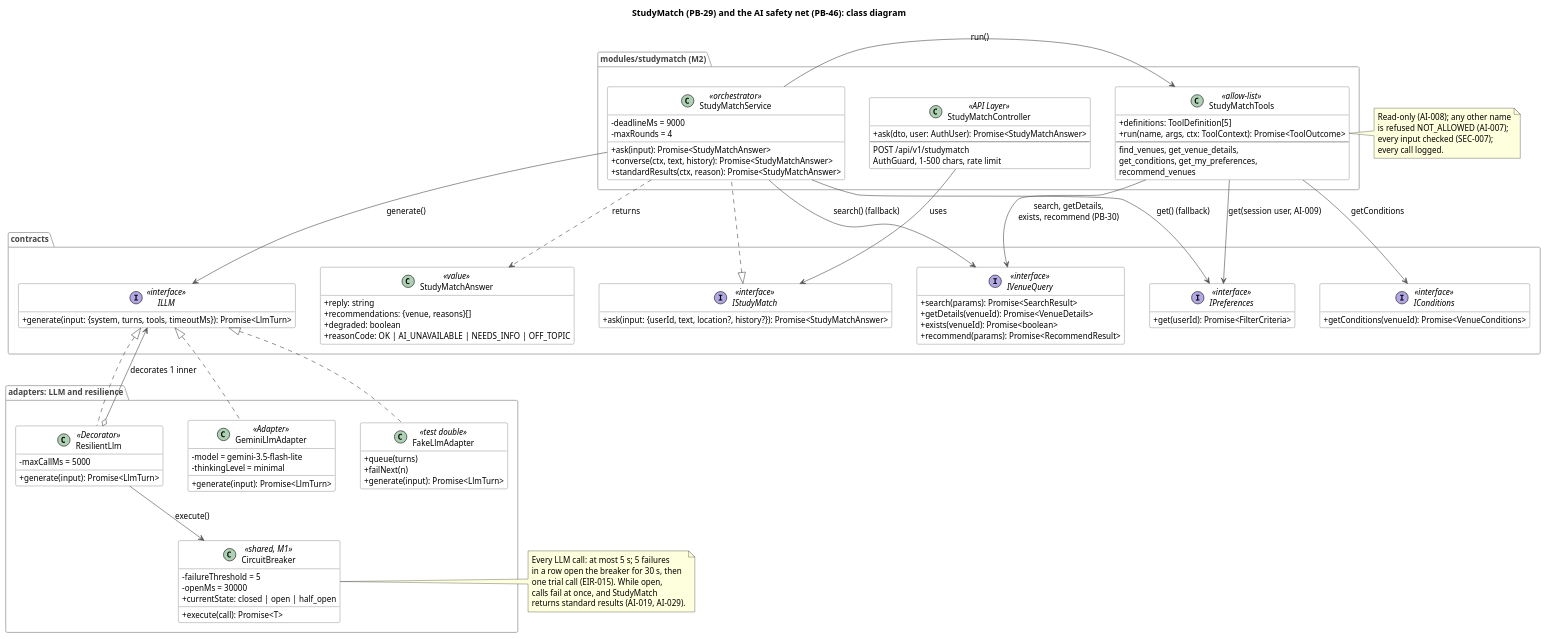
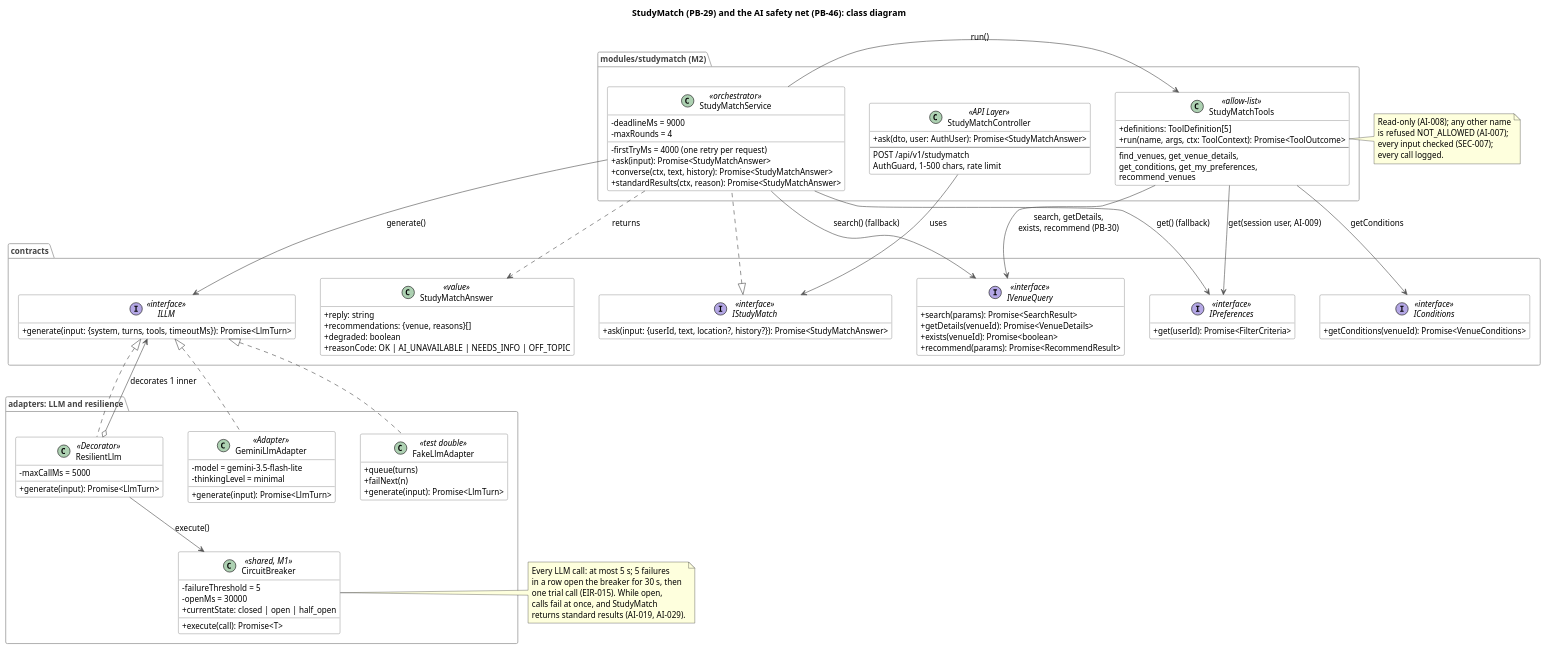
The diagram in docs/architecture/uml/studymatch-class.puml (yasmeennasrr/StudySpot), drawn with PlantUML before and after one commit. The commit also changed 9 other files, not shown here.

First line of the commit message:
PB-46 StudyMatch retries one slow AI call per request, within the 9 s deadline

```diff
--- a/docs/architecture/uml/studymatch-class.puml
+++ b/docs/architecture/uml/studymatch-class.puml
@@ -1,131 +1,132 @@
 @startuml studymatch-class
 ' SDS v0.3 Section 14 (M2): StudyMatch class diagram (PB-29, PB-46, UC-05).
 ' Patterns: Adapter (GeminiLlmAdapter), Decorator (ResilientLlm), Circuit Breaker,
 ' Facade (IVenueQuery), allow-list of read-only tools (SDS 6.6.8).
 ' Code: backend/src/modules/studymatch/, backend/src/adapters/llm/, backend/src/adapters/resilience/.
 skinparam shadowing false
 skinparam defaultFontName Helvetica
 skinparam defaultFontSize 13
 skinparam classAttributeIconSize 0
 skinparam class {
   BackgroundColor white
   BorderColor #555555
 }
 skinparam package {
   BorderColor #AAAAAA
   FontColor #444444
 }
 skinparam ArrowColor #555555
 hide empty members
 
 title StudyMatch (PB-29) and the AI safety net (PB-46): class diagram
 top to bottom direction
 skinparam nodesep 40
 skinparam ranksep 60
 
 package "modules/studymatch (M2)" as SMPKG {
   class StudyMatchController <<API Layer>> {
     +ask(dto, user: AuthUser): Promise<StudyMatchAnswer>
     --
     POST /api/v1/studymatch
     AuthGuard, 1-500 chars, rate limit
   }
   class StudyMatchService <<orchestrator>> {
     -deadlineMs = 9000
     -maxRounds = 4
+    -firstTryMs = 4000 (one retry per request)
     +ask(input): Promise<StudyMatchAnswer>
     +converse(ctx, text, history): Promise<StudyMatchAnswer>
     +standardResults(ctx, reason): Promise<StudyMatchAnswer>
   }
   class StudyMatchTools <<allow-list>> {
     +definitions: ToolDefinition[5]
     +run(name, args, ctx: ToolContext): Promise<ToolOutcome>
     --
     find_venues, get_venue_details,
     get_conditions, get_my_preferences,
     recommend_venues
   }
 }
 
 package "contracts" as CPKG {
   interface IStudyMatch <<interface>> {
     +ask(input: {userId, text, location?, history?}): Promise<StudyMatchAnswer>
   }
   interface ILLM <<interface>> {
     +generate(input: {system, turns, tools, timeoutMs}): Promise<LlmTurn>
   }
   interface IVenueQuery <<interface>> {
     +search(params): Promise<SearchResult>
     +getDetails(venueId): Promise<VenueDetails>
     +exists(venueId): Promise<boolean>
     +recommend(params): Promise<RecommendResult>
   }
   interface IConditions <<interface>> {
     +getConditions(venueId): Promise<VenueConditions>
   }
   interface IPreferences <<interface>> {
     +get(userId): Promise<FilterCriteria>
   }
   class StudyMatchAnswer <<value>> {
     +reply: string
     +recommendations: {venue, reasons}[]
     +degraded: boolean
     +reasonCode: OK | AI_UNAVAILABLE | NEEDS_INFO | OFF_TOPIC
   }
 }
 
 package "adapters: LLM and resilience" as APKG {
   class ResilientLlm <<Decorator>> {
     -maxCallMs = 5000
     +generate(input): Promise<LlmTurn>
   }
   class CircuitBreaker <<shared, M1>> {
     -failureThreshold = 5
     -openMs = 30000
     +currentState: closed | open | half_open
     +execute(call): Promise<T>
   }
   class GeminiLlmAdapter <<Adapter>> {
     -model = gemini-3.5-flash-lite
     -thinkingLevel = minimal
     +generate(input): Promise<LlmTurn>
   }
   class FakeLlmAdapter <<test double>> {
     +queue(turns)
     +failNext(n)
     +generate(input): Promise<LlmTurn>
   }
 }
 
 StudyMatchController -down-> IStudyMatch : uses
 IStudyMatch <|.down. StudyMatchService
 StudyMatchService -right-> StudyMatchTools : run()
 StudyMatchService -down-> ILLM : generate()
 StudyMatchService ..> StudyMatchAnswer : returns
 StudyMatchService -down-> IPreferences : get() (fallback)
 StudyMatchService -down-> IVenueQuery : search() (fallback)
 StudyMatchTools -down-> IVenueQuery : search, getDetails,\nexists, recommend (PB-30)
 StudyMatchTools -down-> IConditions : getConditions
 StudyMatchTools -down-> IPreferences : get(session user, AI-009)
 
 ILLM <|.down. ResilientLlm
 ILLM <|.down. GeminiLlmAdapter
 ILLM <|.down. FakeLlmAdapter
 ResilientLlm o-up-> ILLM : decorates 1 inner
 ResilientLlm -down-> CircuitBreaker : execute()
 
 note right of CircuitBreaker
   Every LLM call: at most 5 s; 5 failures
   in a row open the breaker for 30 s, then
   one trial call (EIR-015). While open,
   calls fail at once, and StudyMatch
   returns standard results (AI-019, AI-029).
 end note
 
 note right of StudyMatchTools
   Read-only (AI-008); any other name
   is refused NOT_ALLOWED (AI-007);
   every input checked (SEC-007);
   every call logged.
 end note
 @enduml
```
